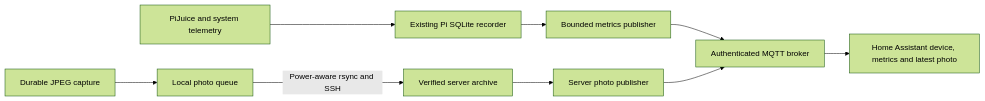
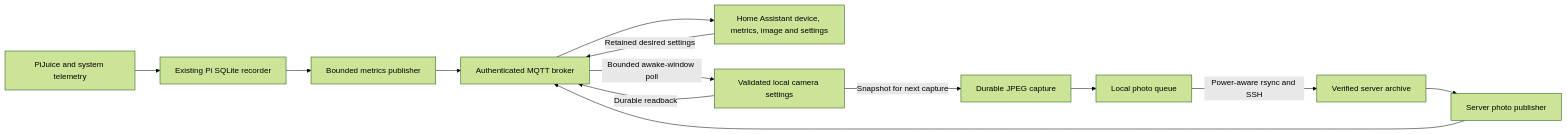
The diagram in docs/home-assistant.md (kertonandrew/pi-time-lapse), drawn with Mermaid (forest theme) before and after one commit. The commit also changed other lines of this file and 46 other files, not shown here.

````diff
--- a/docs/home-assistant.md
+++ b/docs/home-assistant.md
@@ -16,11 +20,15 @@
 ```mermaid
 flowchart LR
     HAT[PiJuice and system telemetry] --> DB[Existing Pi SQLite recorder]
     DB --> T[Bounded metrics publisher]
     T --> M[Authenticated MQTT broker]
     C[Durable JPEG capture] --> Q[Local photo queue]
     Q -->|Power-aware rsync and SSH| A[Verified server archive]
     A --> P[Server photo publisher]
     P --> M
-    M --> HA[Home Assistant device, metrics and latest photo]
+    M --> HA[Home Assistant device, metrics, image and settings]
+    HA -->|Retained desired settings| M
+    M -->|Bounded awake-window poll| S[Validated local camera settings]
+    S -->|Durable readback| M
+    S -->|Snapshot for next capture| C
 ```
````
